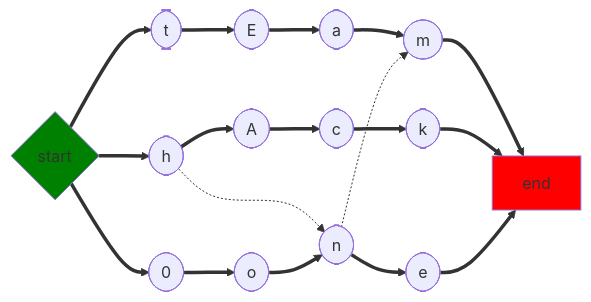
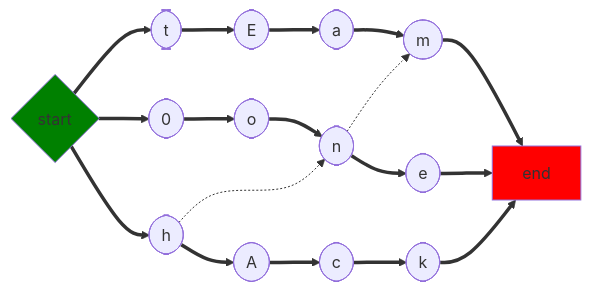
The second of 7 diagrams in README.md (AllenLeeyn/lem-in), drawn with Mermaid before and after one commit. The commit also changed other lines of this file and 6 other files, not shown here.

Commit message:
Refactoring & renaming for readability. Add comments. Update README.md: task list and flowchart. Change m.printMaze(): the printed result is build in m.setMaze()

````diff
--- a/README.md
+++ b/README.md
@@ -65,12 +67,12 @@
 ```mermaid
 flowchart LR
     Start{start} ==> t([t]) ==> E([E]) ==> a([a]) ==> m([m]) ==> End[end]
+    Start{start} ==> 0([0]) ==> o([o]) ==> n([n]) ==> e([e]) ==> End[end]
     Start{start} ==> h([h]) ==> A([A]) ==> c([c]) ==> k([k]) ==> End[end]
     h([h]) -.-> n([n])
     n([n]) -.-> m([m])
-    Start{start} ==> 0([0]) ==> o([o]) ==> n([n]) ==> e([e]) ==> End[end]
 
 %%style
     style Start fill:green
     style End fill:red
 ```
````
